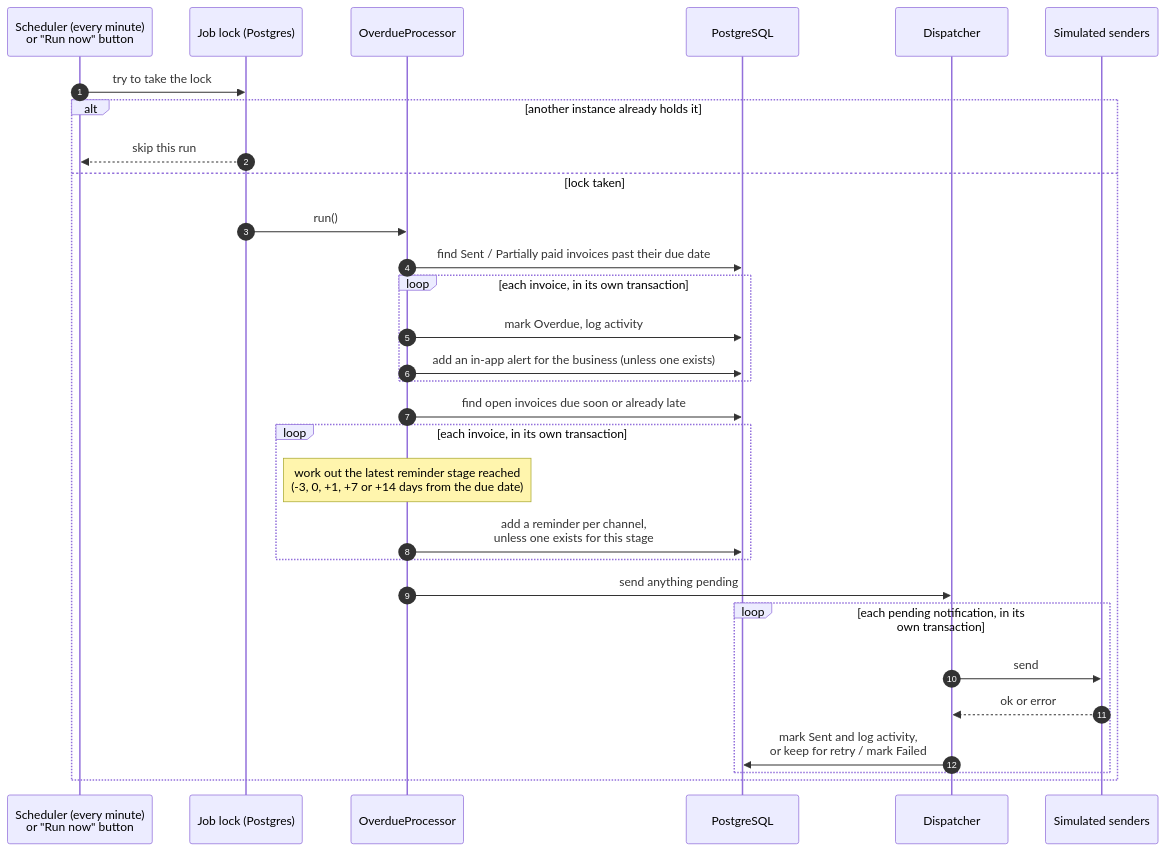
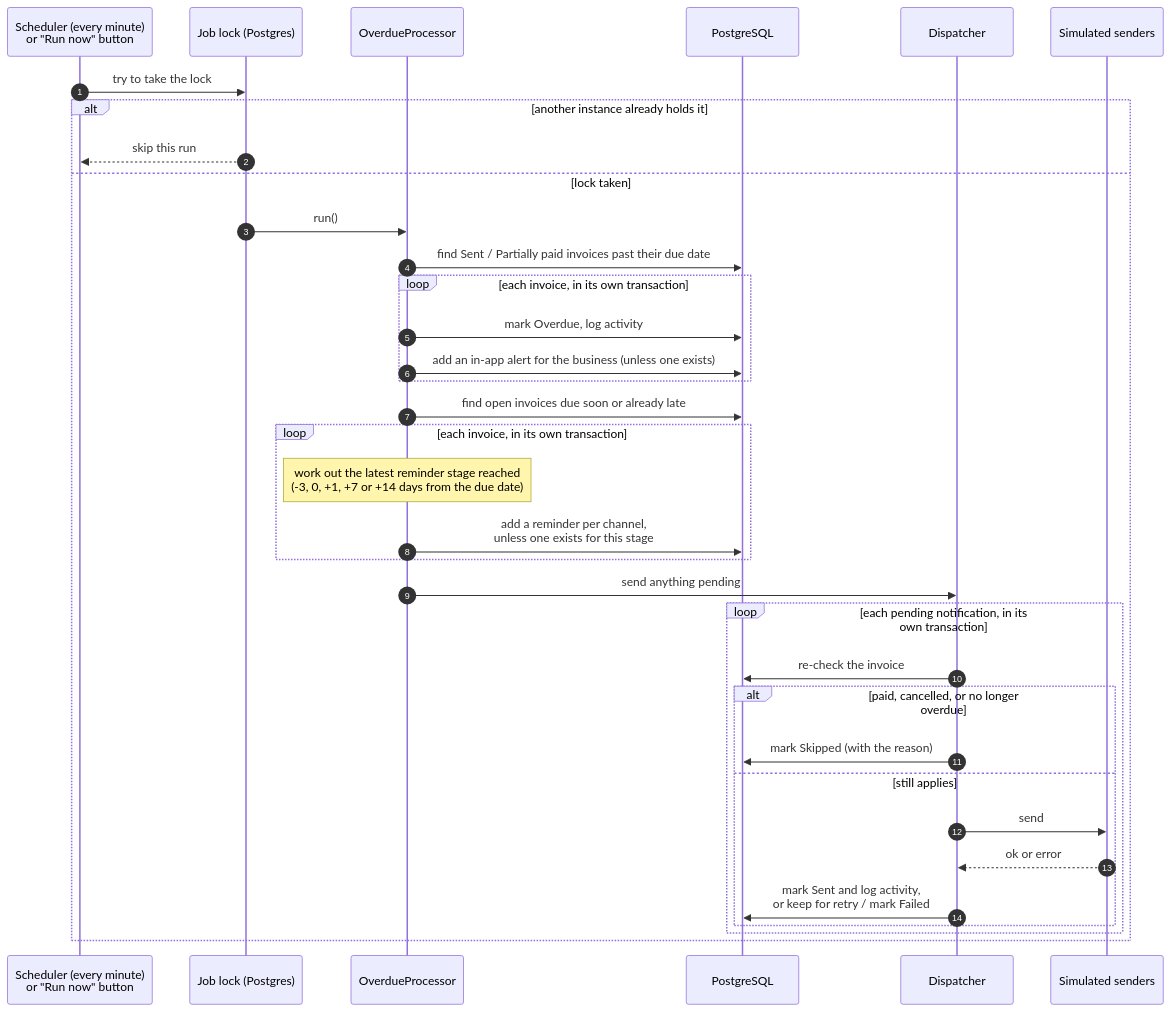
The fifth of 5 diagrams in ARCHITECTURE.md (EmmanuelManana/business-invoice-tracker), drawn with Mermaid before and after one commit. The commit also changed other lines of this file and 2 other files, not shown here.

````diff
--- a/ARCHITECTURE.md
+++ b/ARCHITECTURE.md
@@ -178,33 +178,38 @@
 ```mermaid
 sequenceDiagram
     autonumber
     participant S as Scheduler (every minute)<br/>or "Run now" button
     participant L as Job lock (Postgres)
     participant P as OverdueProcessor
     participant DB as PostgreSQL
     participant D as Dispatcher
     participant N as Simulated senders
 
     S->>L: try to take the lock
     alt another instance already holds it
         L-->>S: skip this run
     else lock taken
         L->>P: run()
         P->>DB: find Sent / Partially paid invoices past their due date
         loop each invoice, in its own transaction
             P->>DB: mark Overdue, log activity
             P->>DB: add an in-app alert for the business (unless one exists)
         end
         P->>DB: find open invoices due soon or already late
         loop each invoice, in its own transaction
             Note over P: work out the latest reminder stage reached<br/>(-3, 0, +1, +7 or +14 days from the due date)
             P->>DB: add a reminder per channel,<br/>unless one exists for this stage
         end
         P->>D: send anything pending
         loop each pending notification, in its own transaction
-            D->>N: send
-            N-->>D: ok or error
-            D->>DB: mark Sent and log activity,<br/>or keep for retry / mark Failed
+            D->>DB: re-check the invoice
+            alt paid, cancelled, or no longer overdue
+                D->>DB: mark Skipped (with the reason)
+            else still applies
+                D->>N: send
+                N-->>D: ok or error
+                D->>DB: mark Sent and log activity,<br/>or keep for retry / mark Failed
+            end
         end
     end
 ```
````
